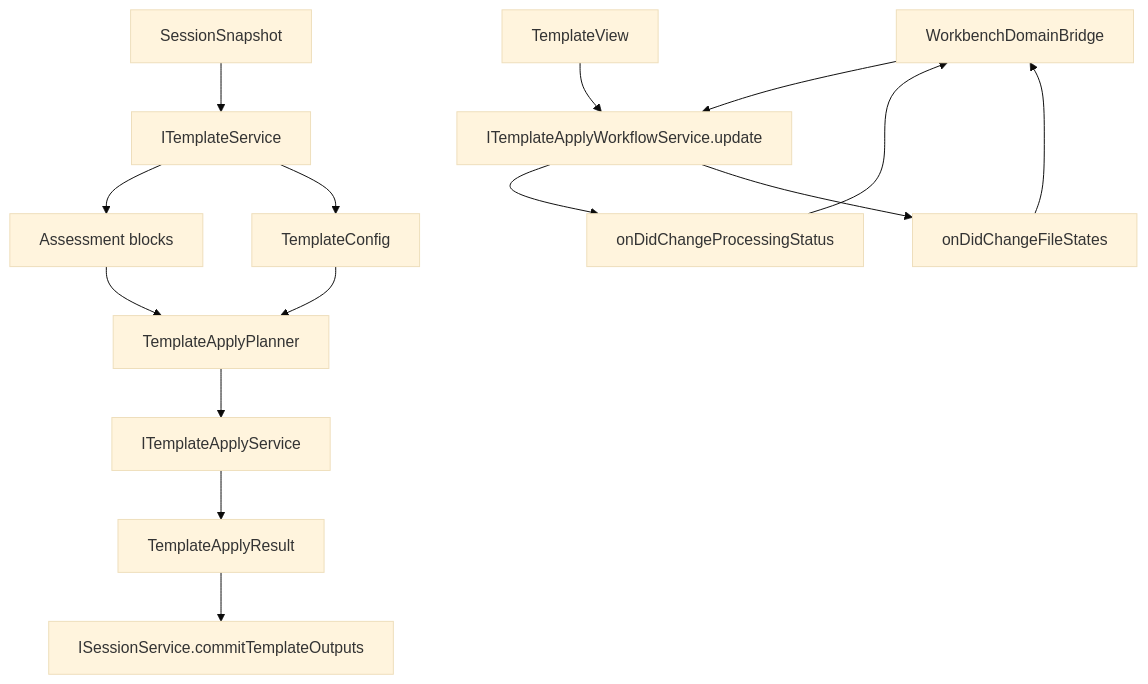
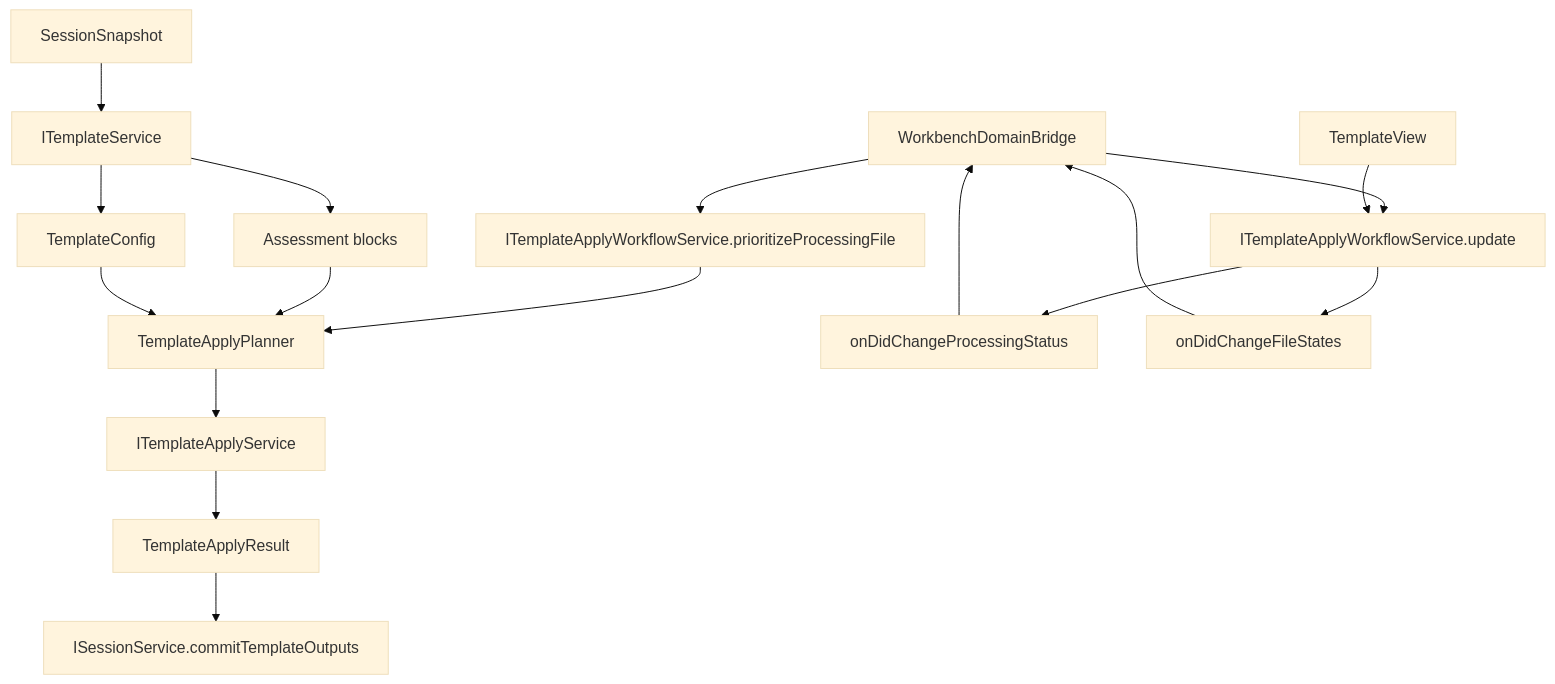
One commit to chogng/conductor changed the diagram in .github/instructions/template.instructions.md. Above: the diagram before and after it, drawn with Mermaid (base theme). The commit also changed other lines of this file and 42 other files, not shown here.

````diff
--- a/.github/instructions/template.instructions.md
+++ b/.github/instructions/template.instructions.md
@@ -71,17 +71,19 @@
 ```mermaid
 flowchart TD
     Snapshot[SessionSnapshot] --> Template[ITemplateService]
     Template --> Assessment[Assessment blocks]
     Template --> Config[TemplateConfig]
     DomainBridge[WorkbenchDomainBridge] --> Workflow[ITemplateApplyWorkflowService.update]
+    DomainBridge --> Prioritize[ITemplateApplyWorkflowService.prioritizeProcessingFile]
+    Prioritize --> Planner
     TemplateView --> Workflow
     Assessment --> Planner[TemplateApplyPlanner]
     Config --> Planner
     Planner --> Worker[ITemplateApplyService]
     Worker --> Result[TemplateApplyResult]
     Result --> Commit[ISessionService.commitTemplateOutputs]
     Workflow --> Status[onDidChangeProcessingStatus]
     Workflow --> FileStates[onDidChangeFileStates]
     Status --> DomainBridge
     FileStates --> DomainBridge
 ```
````
